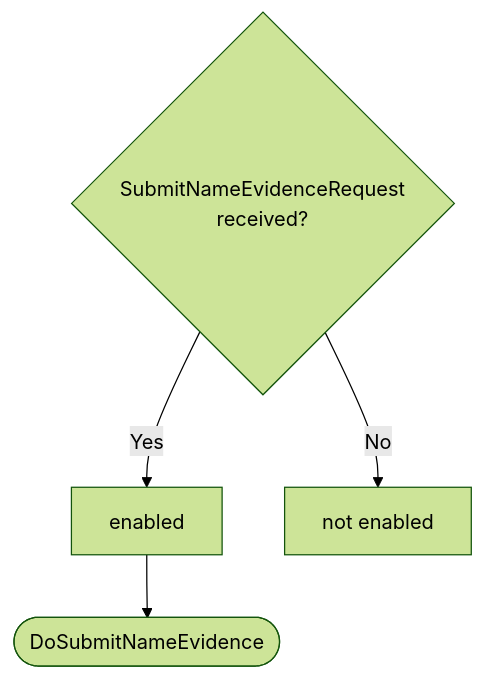
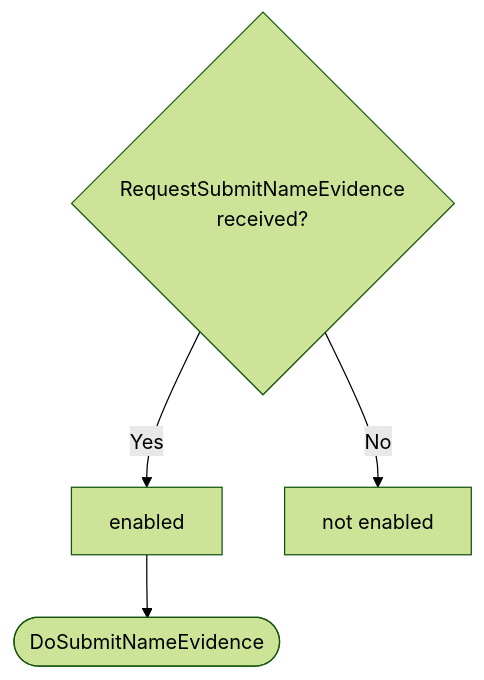
The second of 3 diagrams in docs/arch/node/engines/naming_behaviour.juvix.md (anoma/nspec), drawn with Mermaid (forest theme) before and after one commit. The commit also changed other lines of this file and 3 other files, not shown here.

````diff
--- a/docs/arch/node/engines/naming_behaviour.juvix.md
+++ b/docs/arch/node/engines/naming_behaviour.juvix.md
@@ -206,7 +214,7 @@
 ```mermaid
 flowchart TD
-    C{SubmitNameEvidenceRequest<br>received?}
+    C{RequestSubmitNameEvidence<br>received?}
     C -->|Yes| D[enabled]
     C -->|No| E[not enabled]
     D --> F([DoSubmitNameEvidence])
 ```
````
